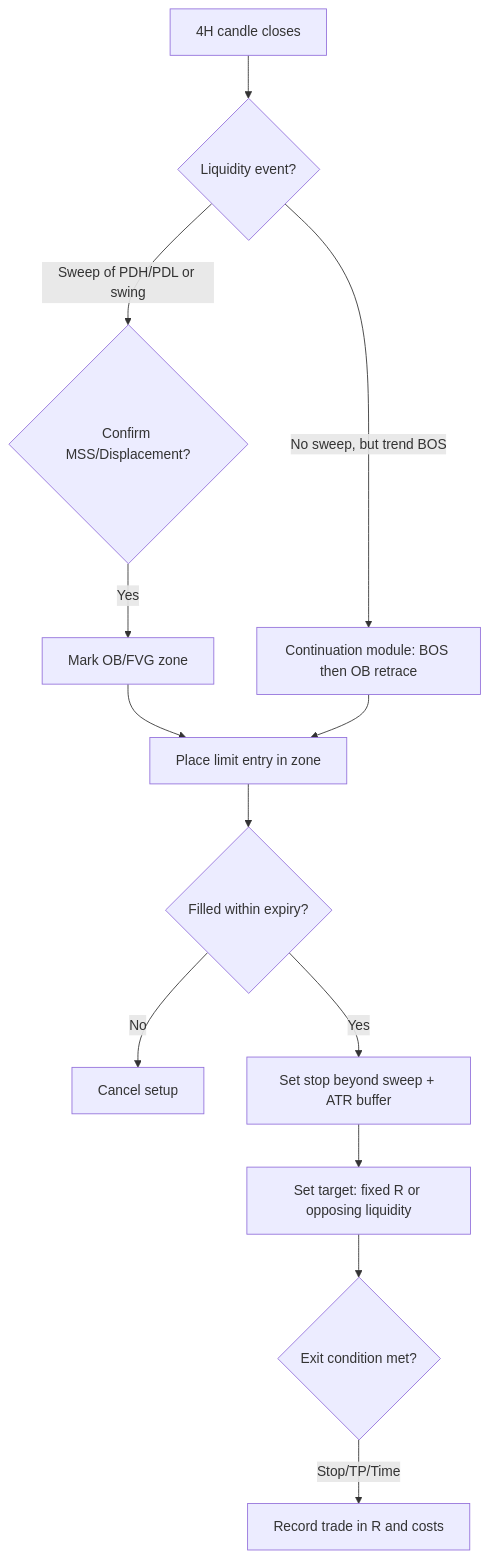
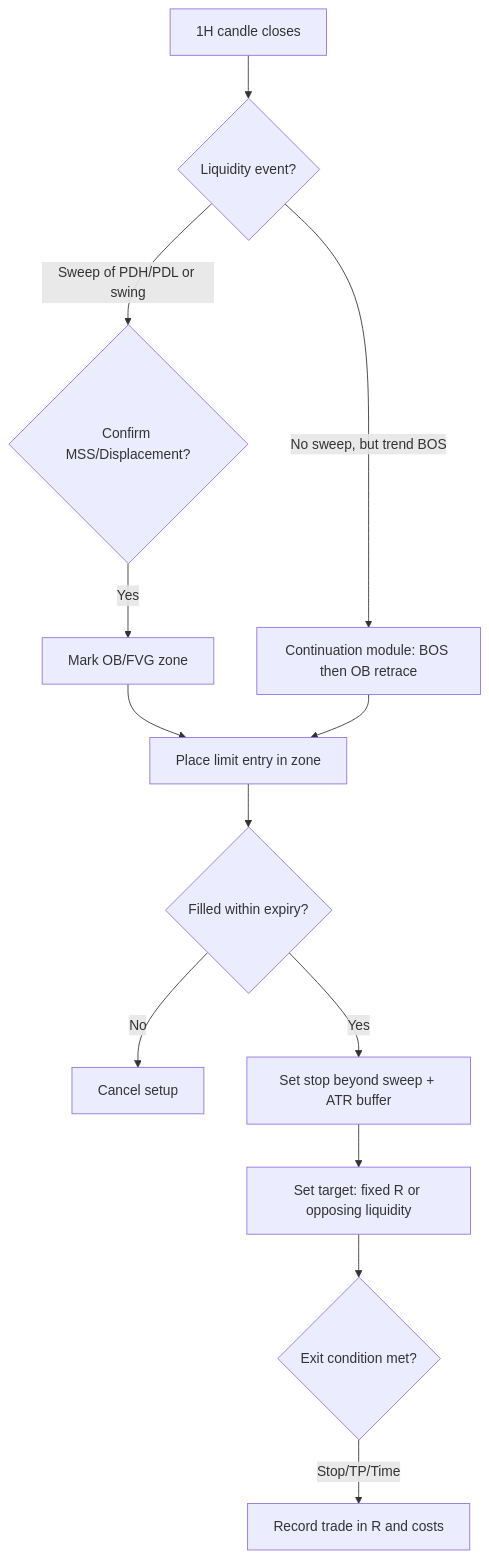
The diagram in README.md (Machell1/skills-introduction-to-github), drawn with Mermaid before and after one commit. The commit also changed other lines of this file and 7 other files, not shown here.

````diff
--- a/README.md
+++ b/README.md
@@ -34,15 +34,15 @@
 ```mermaid
 flowchart TD
-  A[4H candle closes] --> B{Liquidity event?}
+  A[1H candle closes] --> B{Liquidity event?}
   B -- Sweep of PDH/PDL or swing --> C{Confirm MSS/Displacement?}
   C -- Yes --> D[Mark OB/FVG zone]
   D --> E[Place limit entry in zone]
   E --> F{Filled within expiry?}
   F -- No --> G[Cancel setup]
   F -- Yes --> H[Set stop beyond sweep + ATR buffer]
   H --> I[Set target: fixed R or opposing liquidity]
   I --> J{Exit condition met?}
   J -- Stop/TP/Time --> K[Record trade in R and costs]
   B -- No sweep, but trend BOS --> L[Continuation module: BOS then OB retrace]
   L --> E
 ```
````
